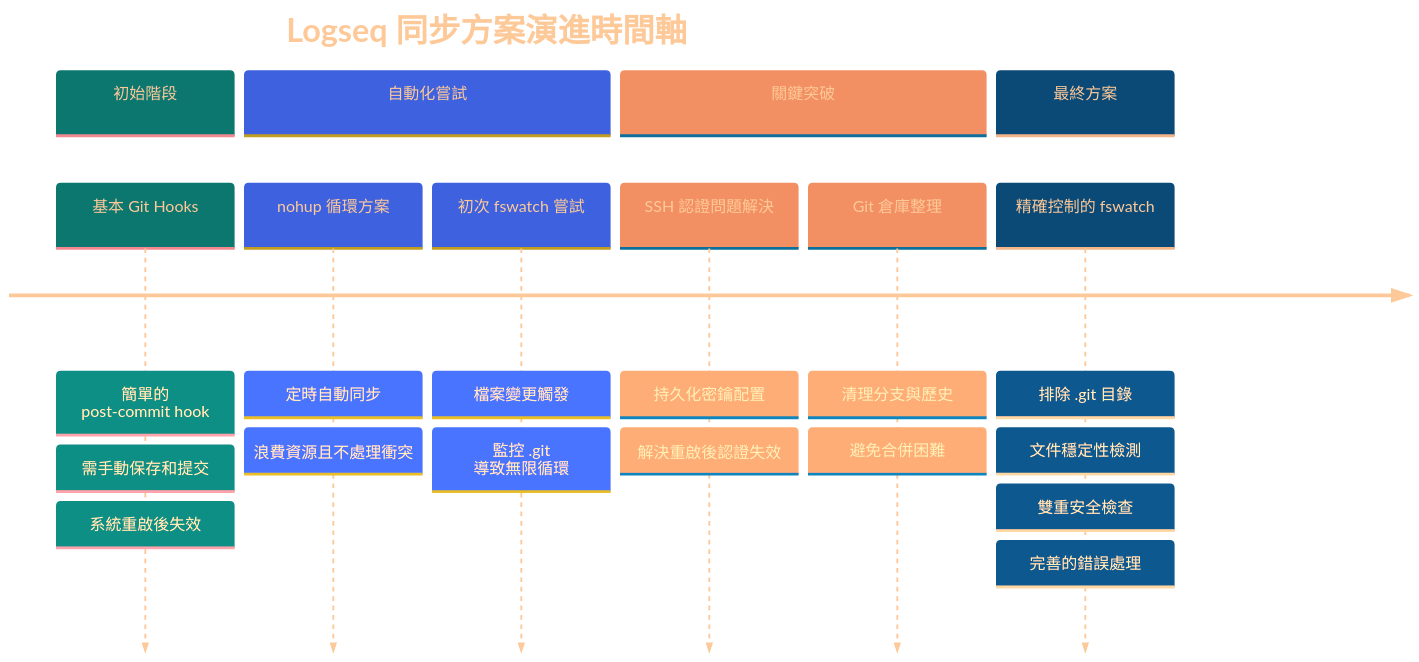
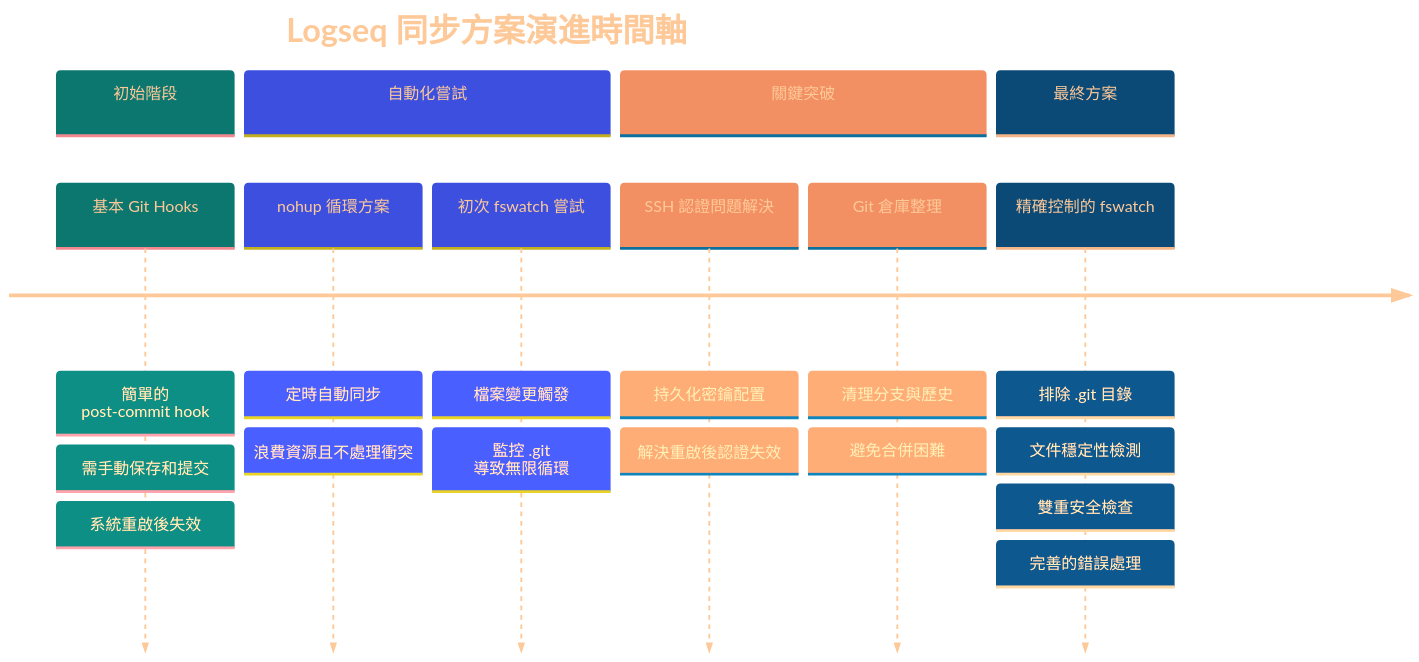
Before and after one commit to GengGeng026/Sync-Logseq: the first of 2 diagrams in Logseq同步方案演進記錄.md, drawn with Mermaid.

Commit message:
Auto saved by Logseq

````diff
--- a/Logseq同步方案演進記錄.md
+++ b/Logseq同步方案演進記錄.md
@@ -24,38 +24,38 @@
 ```mermaid
 %%{init: {
   'theme': 'base', 
   'themeVariables': {
     'primaryTextColor': '#FEC999',
     'primaryColor': '#19E9D9',
-    'secondaryColor': '#AABAF1',
+    'secondaryColor': '#AAB2F1',
     'tertiaryColor': '#FCE4D9',
     'primaryBorderColor': '#A9D9D9',
     'background': 'transparent',
     'clusterBkg': 'transparent',
     'fontFamily': 'default',
     'fontSize': '17px',
     'fontWeight': 'normal'
   }
 }}%%
 timeline
     title Logseq 同步方案演進時間軸
     section 初始階段
         基本 Git Hooks : 簡單的 post-commit hook
         : 需手動保存和提交
         : 系統重啟後失效
     section 自動化嘗試
         nohup 循環方案 : 定時自動同步
         : 浪費資源且不處理衝突
         初次 fswatch 嘗試 : 檔案變更觸發
         : 監控 .git 導致無限循環
     section 關鍵突破
         SSH 認證問題解決 : 持久化密鑰配置
         : 解決重啟後認證失效
         Git 倉庫整理 : 清理分支與歷史
         : 避免合併困難
     section 最終方案
         精確控制的 fswatch : 排除 .git 目錄
         : 文件穩定性檢測
         : 雙重安全檢查
         : 完善的錯誤處理
 ```
````
